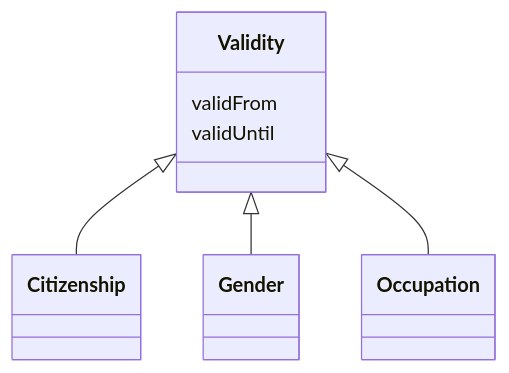
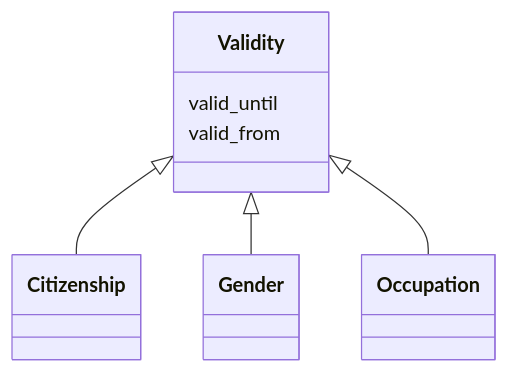
Before and after one commit to swiss/political-affairs-ech-group: the diagram in ech-0294_actors/output/docs/Validity.md, drawn with Mermaid. The commit also changed other lines of this file and 36 other files, not shown here.

````diff
--- a/ech-0294_actors/output/docs/Validity.md
+++ b/ech-0294_actors/output/docs/Validity.md
@@ -13,17 +13,17 @@
 ```mermaid
  classDiagram
     class Validity
     click Validity href "../Validity/"
       Validity <|-- Citizenship
         click Citizenship href "../Citizenship/"
       Validity <|-- Gender
         click Gender href "../Gender/"
       Validity <|-- Occupation
         click Occupation href "../Occupation/"
       
-      Validity : validFrom
+      Validity : valid_until
         
-      Validity : validUntil
+      Validity : valid_from
         
       
 ```
````
